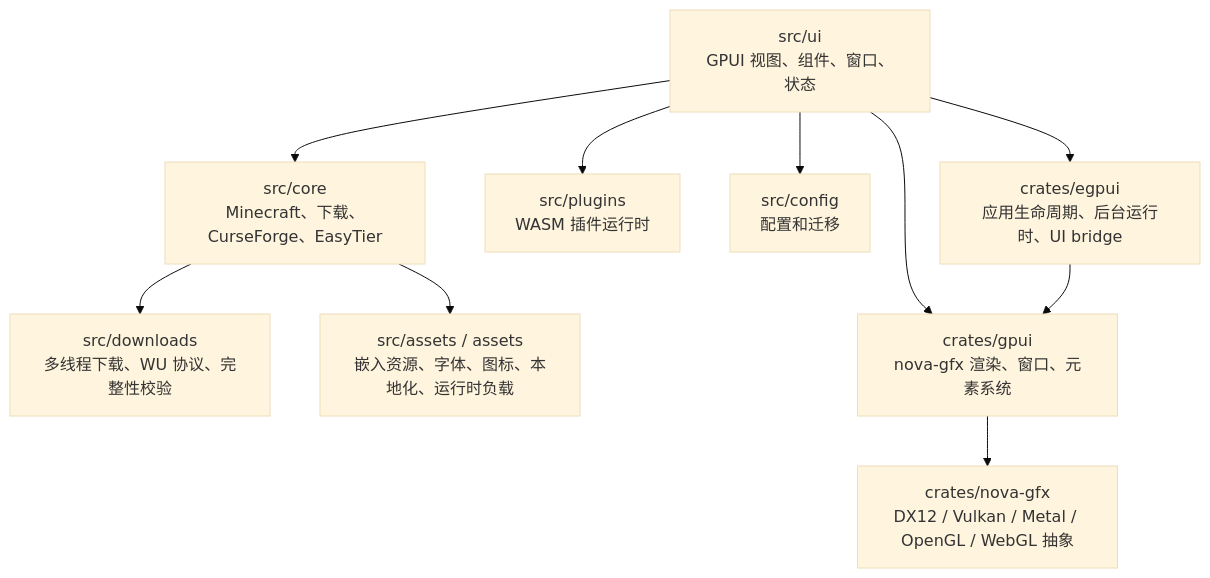
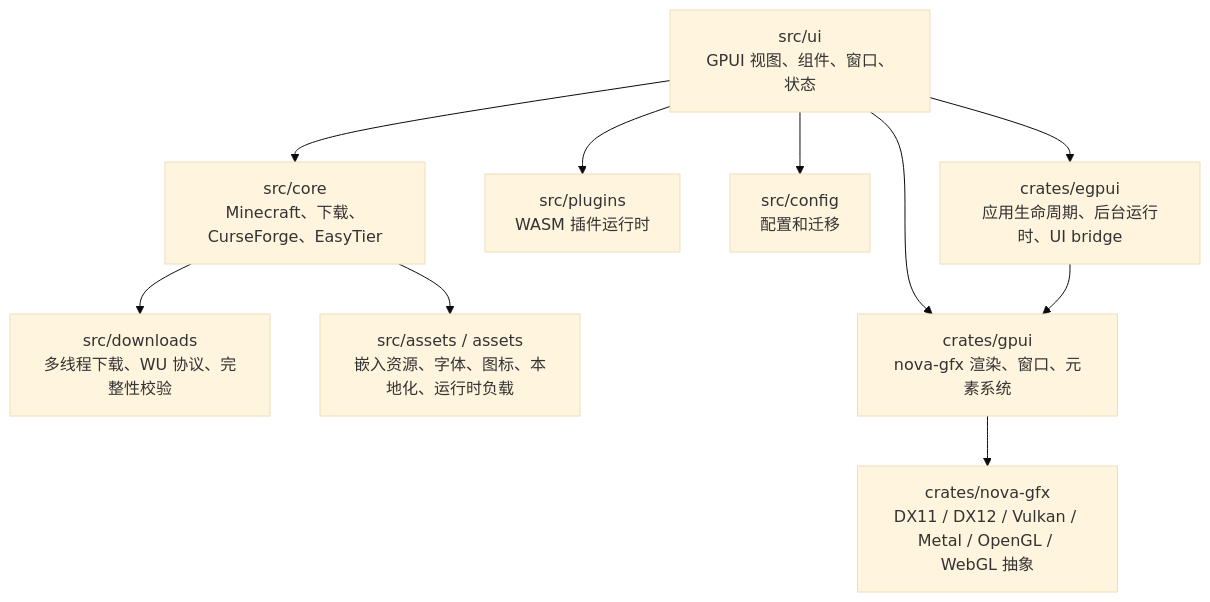
The diagram in README.md (Chlna6666/Better-Minecraft-Bedrock-Launcher), drawn with Mermaid (base theme) before and after one commit. The commit also changed other lines of this file and 15 other files, not shown here.

````diff
--- a/README.md
+++ b/README.md
@@ -164,12 +164,12 @@
 ```mermaid
 flowchart TD
     UI["src/ui\nGPUI 视图、组件、窗口、状态"] --> Core["src/core\nMinecraft、下载、CurseForge、EasyTier"]
     UI --> Plugins["src/plugins\nWASM 插件运行时"]
     UI --> Config["src/config\n配置和迁移"]
     Core --> Downloads["src/downloads\n多线程下载、WU 协议、完整性校验"]
     Core --> Assets["src/assets / assets\n嵌入资源、字体、图标、本地化、运行时负载"]
 UI --> GPUI["crates/gpui\nnova-gfx 渲染、窗口、元素系统"]
 UI --> EGPUI["crates/egpui\n应用生命周期、后台运行时、UI bridge"]
 EGPUI --> GPUI
-    GPUI --> Nova["crates/nova-gfx\nDX12 / Vulkan / Metal / OpenGL / WebGL 抽象"]
+    GPUI --> Nova["crates/nova-gfx\nDX11 / DX12 / Vulkan / Metal / OpenGL / WebGL 抽象"]
 ```
````
